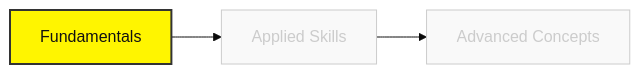
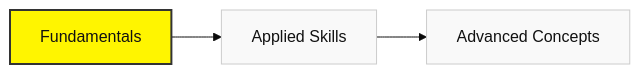
Before and after one commit to humblebeeai/int.academy-curriculum: the diagram in docs/school/02-fundamentals.mdx, drawn with Mermaid (base theme). The commit also changed 14 other files, not shown here.

````diff
--- a/docs/school/02-fundamentals.mdx
+++ b/docs/school/02-fundamentals.mdx
@@ -9,9 +9,9 @@
 ```mermaid
 graph LR
     A[Fundamentals] --> B[Applied Skills]
     B --> C[Advanced Concepts]
     
     style A fill:#FFF500,color:#111,stroke:#333,stroke-width:2px
-    style B fill:#f9f9f9,color:#ccc,stroke:#ccc
-    style C fill:#f9f9f9,color:#ccc,stroke:#ccc
+    style B fill:#f9f9f9,color:#111,stroke:#ccc
+    style C fill:#f9f9f9,color:#111,stroke:#ccc
 ```
````
